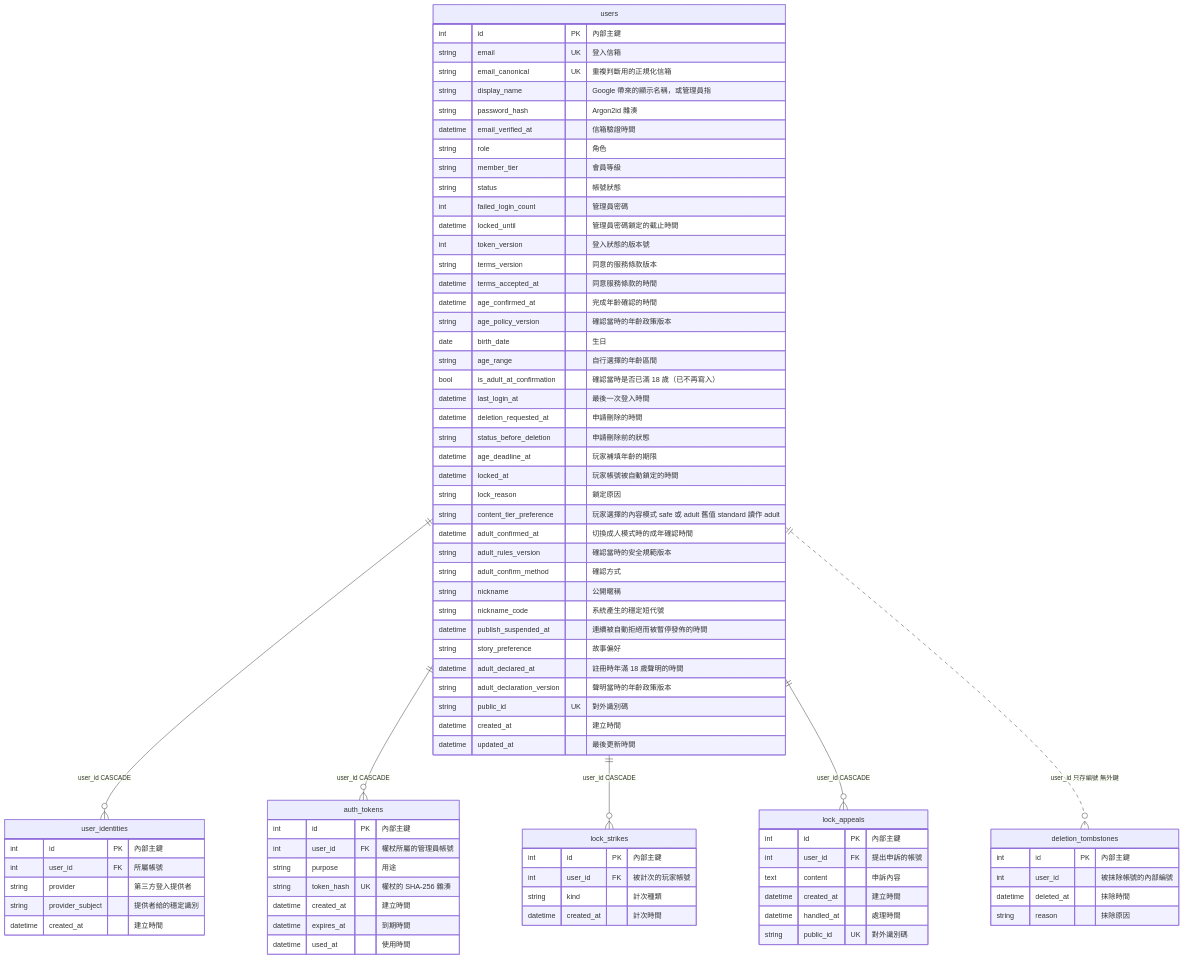
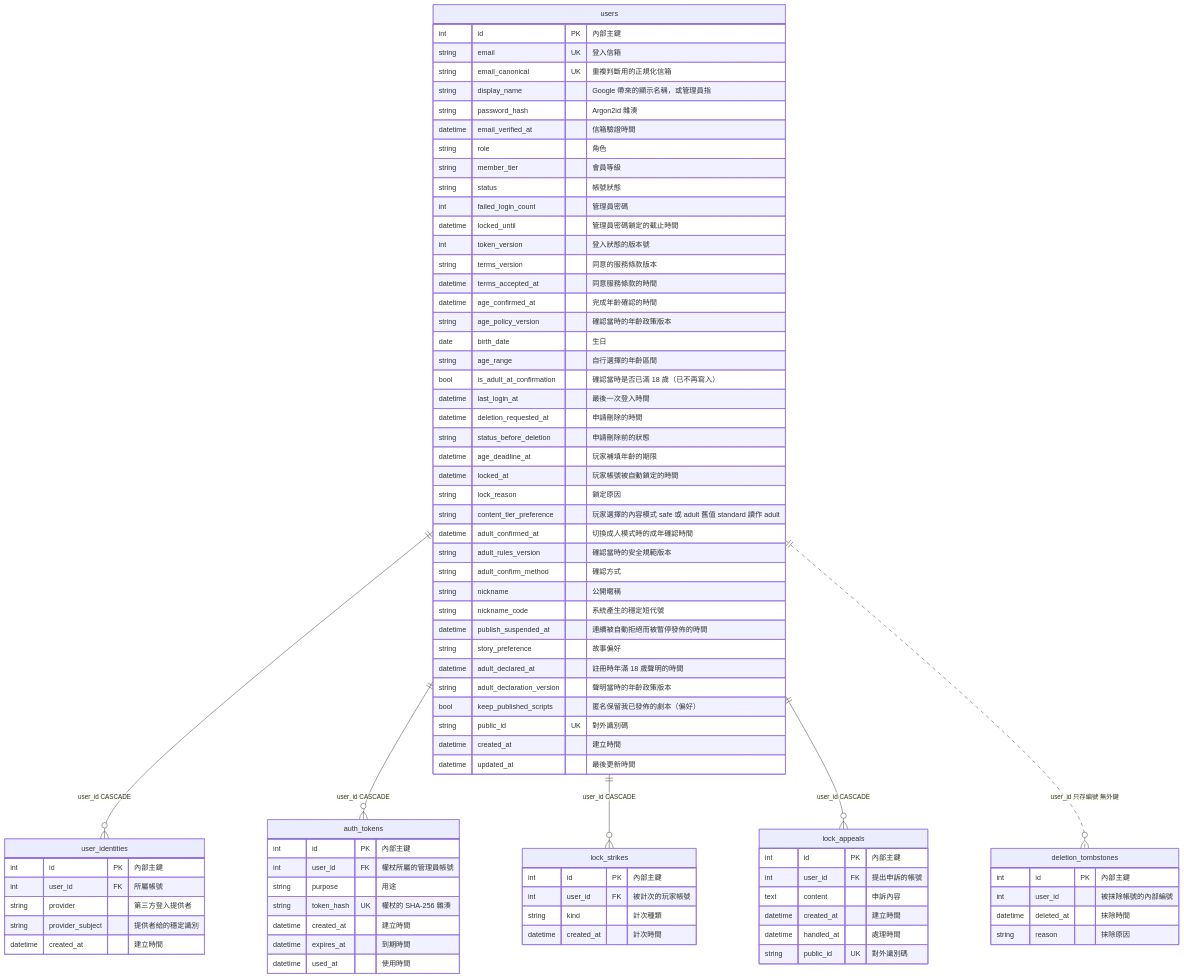
One commit to pp466pp466/R.A.C changed the third of 12 diagrams in docs/project資料結構文件.md. Above: the diagram before and after it, drawn with Mermaid. The commit also changed other lines of this file and 16 other files, not shown here.

```diff
--- a/docs/project資料結構文件.md
+++ b/docs/project資料結構文件.md
@@ -237,6 +247,7 @@
         string story_preference "故事偏好"
         datetime adult_declared_at "註冊時年滿 18 歲聲明的時間"
         string adult_declaration_version "聲明當時的年齡政策版本"
+        bool keep_published_scripts "匿名保留我已發佈的劇本（偏好）"
         string public_id UK "對外識別碼"
         datetime created_at "建立時間"
         datetime updated_at "最後更新時間"
```
